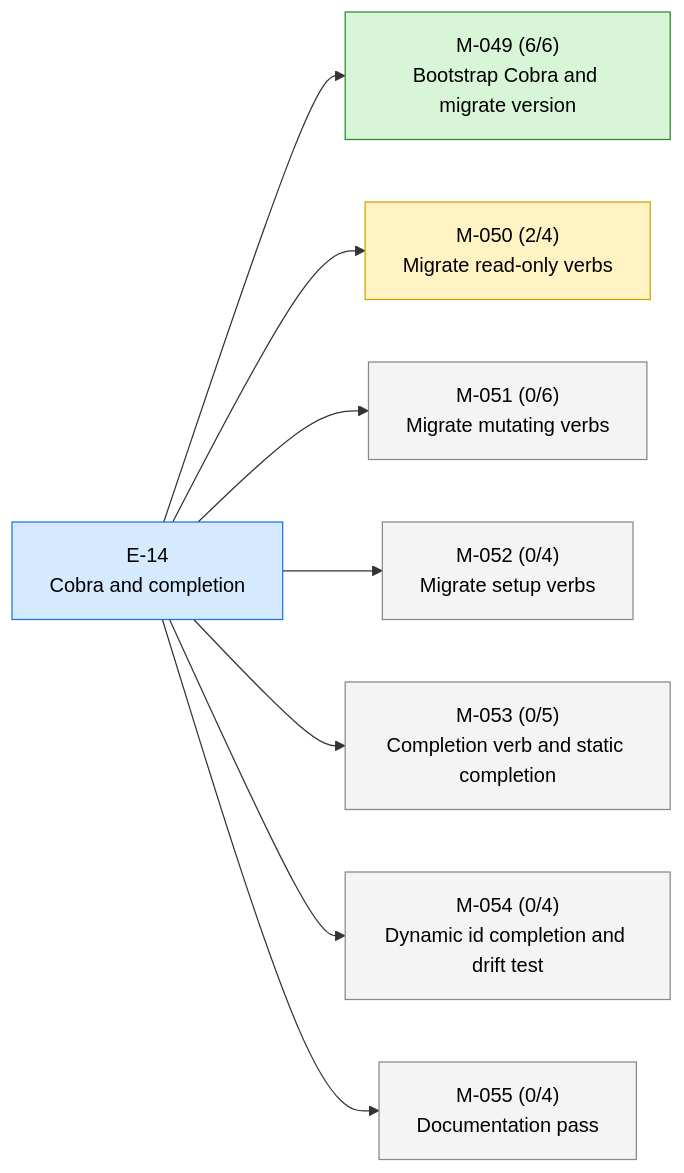
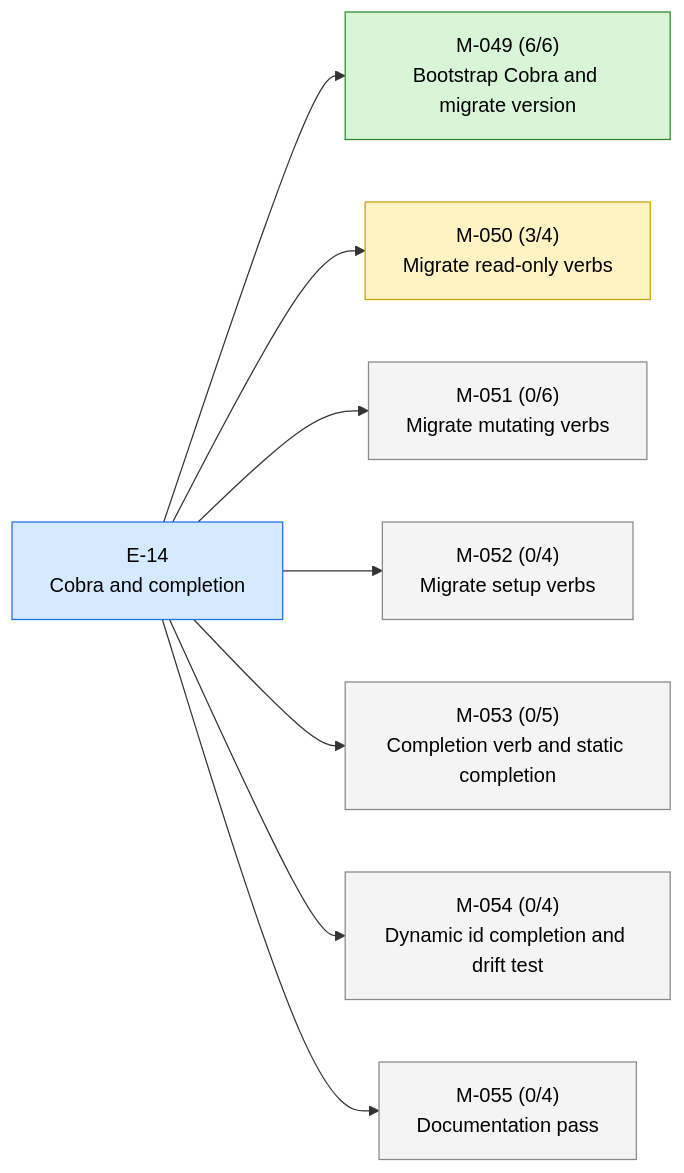
The first of 2 diagrams in STATUS.md (23min/aiwf), drawn with Mermaid before and after one commit. The commit also changed other lines of this file and 1 other file, not shown here.

````diff
--- a/STATUS.md
+++ b/STATUS.md
@@ -17,24 +17,24 @@
 ```mermaid
 flowchart LR
   E_14["E-14<br/>Cobra and completion"]:::epic_active
   M_049["M-049 (6/6)<br/>Bootstrap Cobra and migrate version"]:::ms_done
   E_14 --> M_049
-  M_050["M-050 (2/4)<br/>Migrate read-only verbs"]:::ms_in_progress
+  M_050["M-050 (3/4)<br/>Migrate read-only verbs"]:::ms_in_progress
   E_14 --> M_050
   M_051["M-051 (0/6)<br/>Migrate mutating verbs"]:::ms_draft
   E_14 --> M_051
   M_052["M-052 (0/4)<br/>Migrate setup verbs"]:::ms_draft
   E_14 --> M_052
   M_053["M-053 (0/5)<br/>Completion verb and static completion"]:::ms_draft
   E_14 --> M_053
   M_054["M-054 (0/4)<br/>Dynamic id completion and drift test"]:::ms_draft
   E_14 --> M_054
   M_055["M-055 (0/4)<br/>Documentation pass"]:::ms_draft
   E_14 --> M_055
   classDef epic_active fill:#d6eaff,stroke:#1a73e8,color:#000
   classDef epic_proposed fill:#f4f4f4,stroke:#888,color:#000
   classDef ms_done fill:#d8f5d8,stroke:#2a8a2a,color:#000
   classDef ms_in_progress fill:#fff3c4,stroke:#caa400,color:#000
   classDef ms_draft fill:#f4f4f4,stroke:#888,color:#000
   classDef ms_cancelled fill:#fbeaea,stroke:#c33,color:#000
 ```
````
